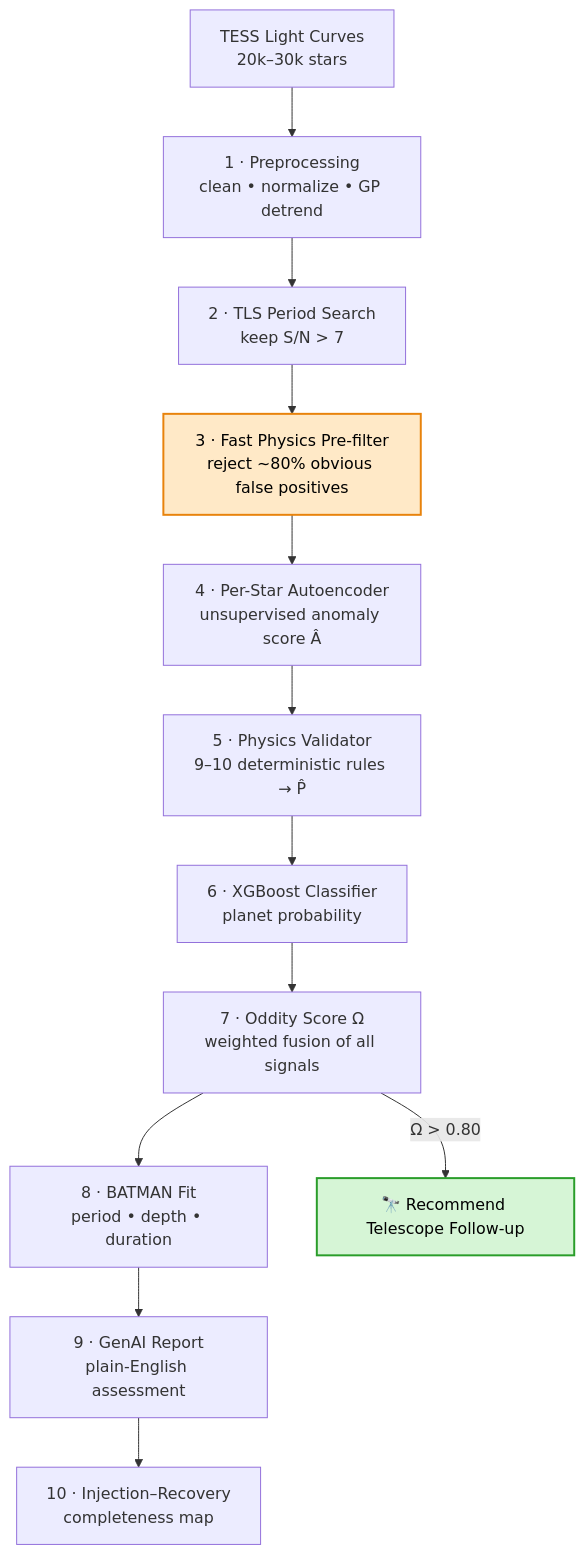
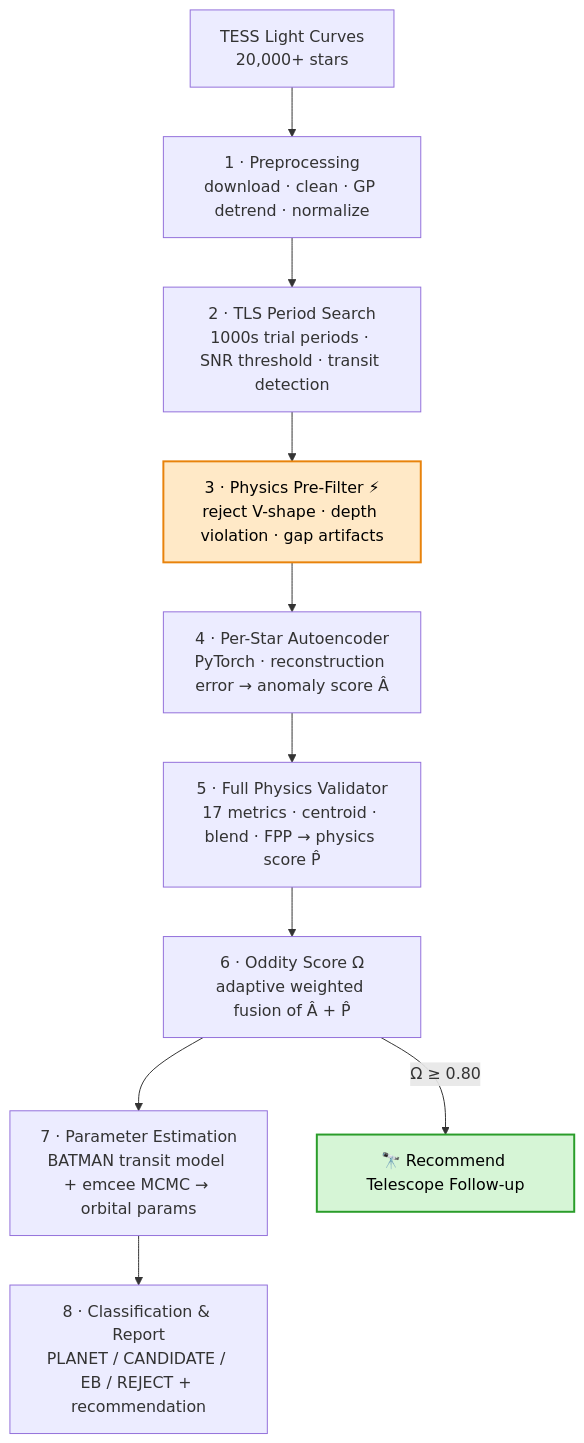
Before and after one commit to Swara-art/exoplanet-detection-isro: the diagram in README.md, drawn with Mermaid. The commit also changed other lines of this file, not shown here.

````diff
--- a/README.md
+++ b/README.md
@@ -44,19 +47,17 @@
 ```mermaid
 flowchart TD
-    A["TESS Light Curves<br/>20k–30k stars"] --> B["1 · Preprocessing<br/>clean • normalize • GP detrend"]
-    B --> C["2 · TLS Period Search<br/>keep S/N &gt; 7"]
-    C --> D["3 · Fast Physics Pre-filter<br/>reject ~80% obvious false positives"]
-    D --> E["4 · Per-Star Autoencoder<br/>unsupervised anomaly score Â"]
-    E --> F["5 · Physics Validator<br/>9–10 deterministic rules → P̂"]
-    F --> G["6 · XGBoost Classifier<br/>planet probability"]
-    G --> H["7 · Oddity Score Ω<br/>weighted fusion of all signals"]
-    H --> I["8 · BATMAN Fit<br/>period • depth • duration"]
-    I --> J["9 · GenAI Report<br/>plain-English assessment"]
-    J --> K["10 · Injection–Recovery<br/>completeness map"]
-    H -->|"Ω &gt; 0.80"| L["🔭 Recommend Telescope Follow-up"]
+    A["TESS Light Curves<br/>20,000+ stars"] --> B["1 · Preprocessing<br/>download · clean · GP detrend · normalize"]
+    B --> C["2 · TLS Period Search<br/>1000s trial periods · SNR threshold · transit detection"]
+    C --> D["3 · Physics Pre-Filter ⚡<br/>reject V-shape · depth violation · gap artifacts"]
+    D --> E["4 · Per-Star Autoencoder<br/>PyTorch · reconstruction error → anomaly score Â"]
+    E --> F["5 · Full Physics Validator<br/>17 metrics · centroid · blend · FPP → physics score P̂"]
+    F --> G["6 · Oddity Score Ω<br/>adaptive weighted fusion of Â + P̂"]
+    G --> H["7 · Parameter Estimation<br/>BATMAN transit model + emcee MCMC → orbital params"]
+    H --> I["8 · Classification & Report<br/>PLANET / CANDIDATE / EB / REJECT + recommendation"]
+    G -->|"Ω ≥ 0.80"| J["🔭 Recommend Telescope Follow-up"]
 
     classDef innovation fill:#ffe9c7,stroke:#e8830c,stroke-width:2px,color:#000;
     classDef verdict fill:#d6f5d6,stroke:#2a9d2a,stroke-width:2px,color:#000;
     class D innovation;
-    class L verdict;
+    class J verdict;
 ```
````
